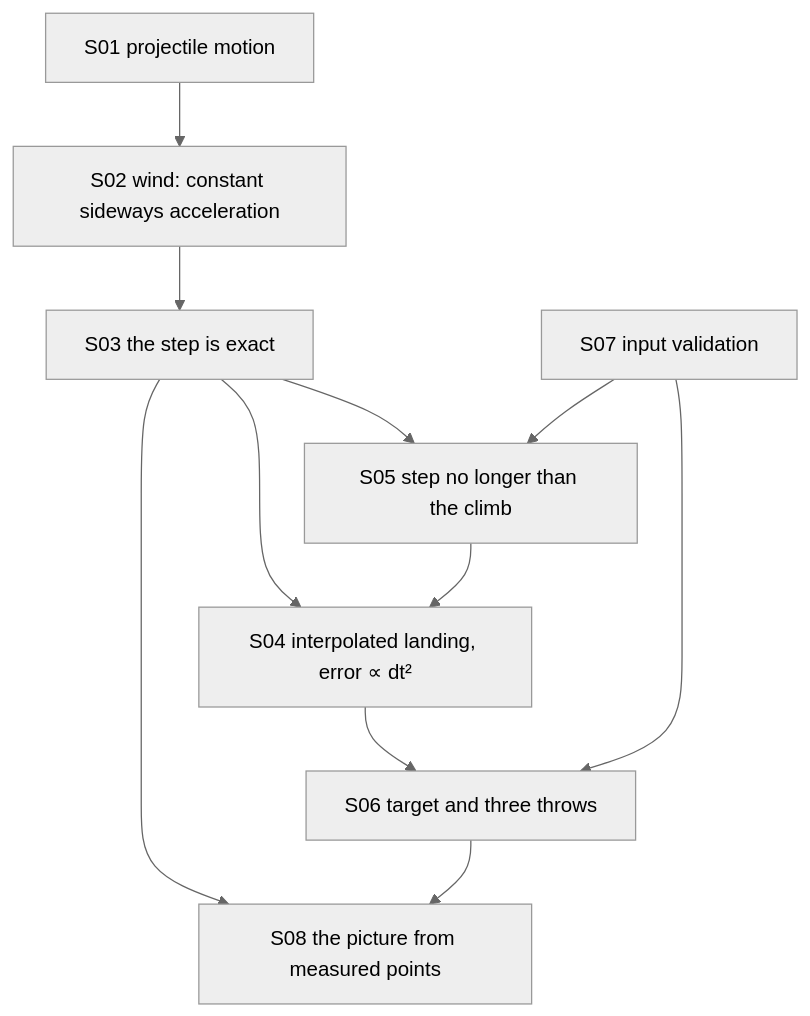
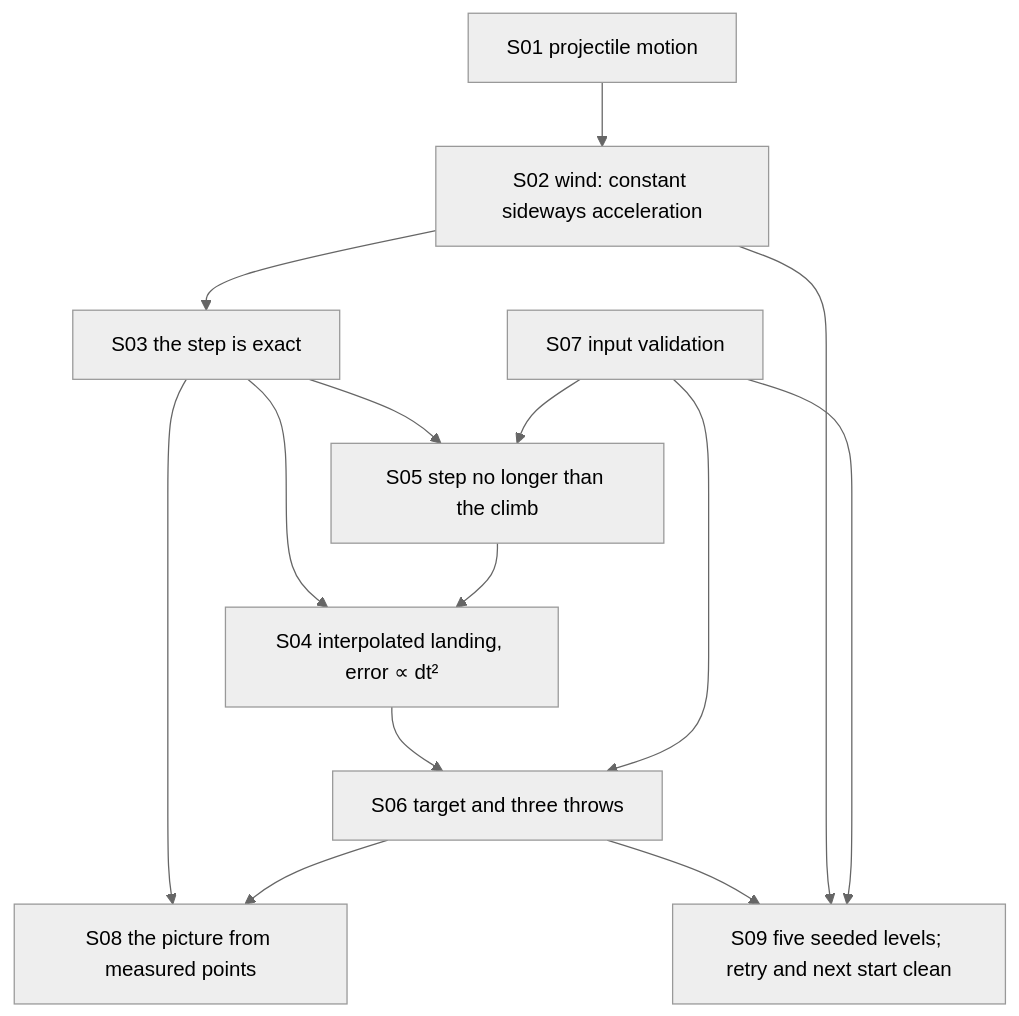
Before and after one commit to TM-59/arc-landing: the diagram in docs/theory/README.md, drawn with Mermaid (neutral theme). The commit also changed other lines of this file and 12 other files, not shown here.

First line of the commit message:
M3: five fixed-seed levels, the reason for a miss, retry and next (#9)

````diff
--- a/docs/theory/README.md
+++ b/docs/theory/README.md
@@ -16,13 +16,16 @@
 ```mermaid
 flowchart TD
     S01["S01 projectile motion"] --> S02["S02 wind: constant sideways acceleration"]
     S02 --> S03["S03 the step is exact"]
     S03 --> S04["S04 interpolated landing, error ∝ dt²"]
     S03 --> S05["S05 step no longer than the climb"]
     S05 --> S04
     S04 --> S06["S06 target and three throws"]
     S07["S07 input validation"] --> S05
     S07 --> S06
     S03 --> S08["S08 the picture from measured points"]
     S06 --> S08
+    S06 --> S09["S09 five seeded levels; retry and next start clean"]
+    S02 --> S09
+    S07 --> S09
 ```
````
